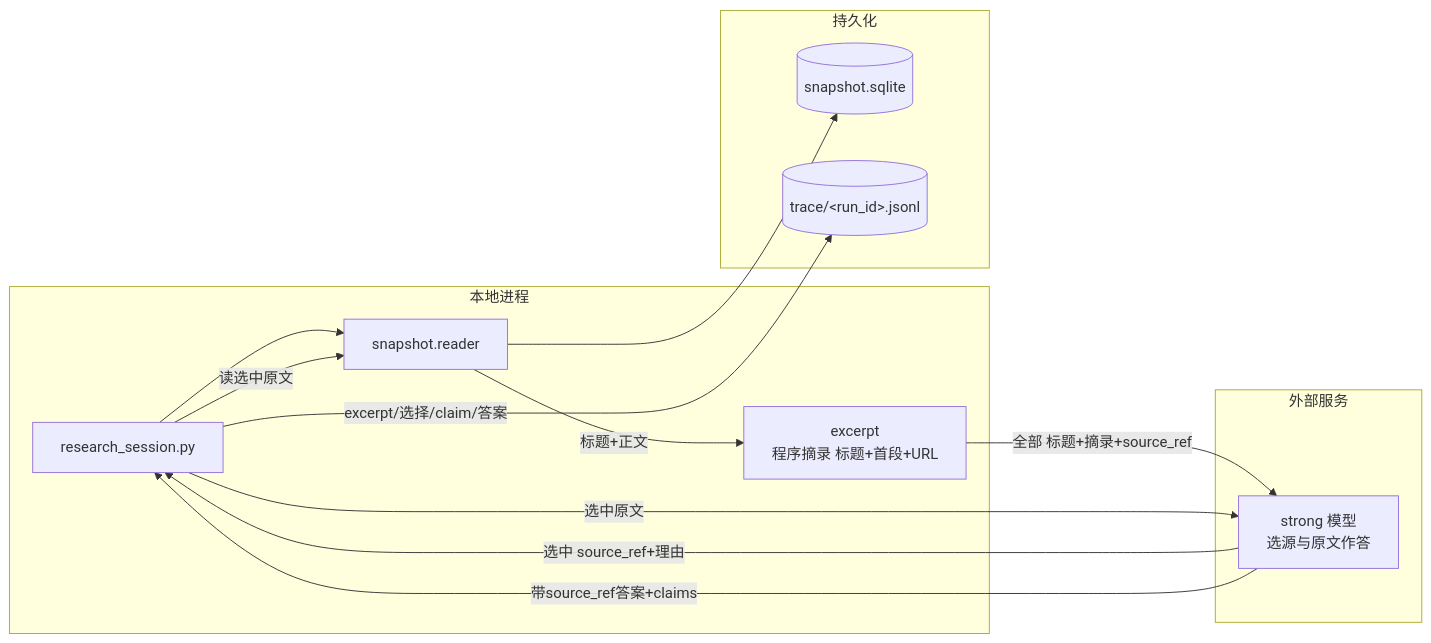
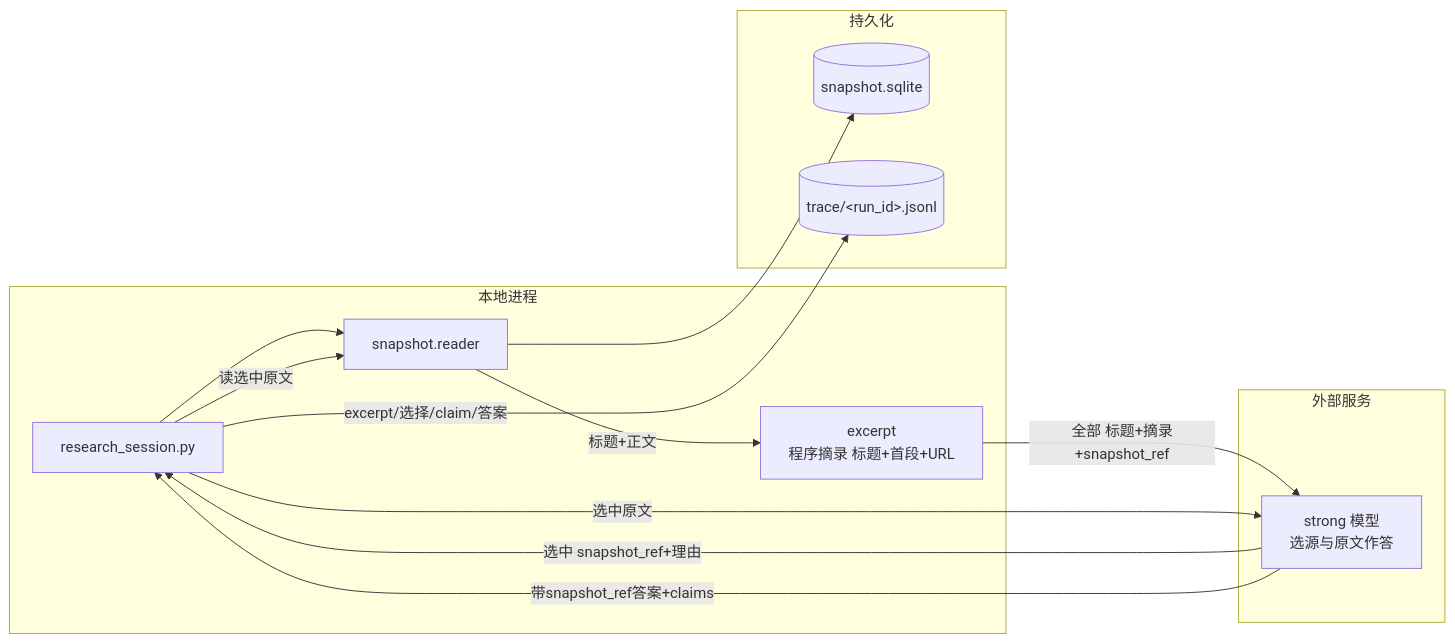
The third of 4 diagrams in docs/web-search-architecture.md (SuperCatQR/traceable-research-runtime), drawn with Mermaid before and after one commit. The commit also changed other lines of this file, not shown here.

````diff
--- a/docs/web-search-architecture.md
+++ b/docs/web-search-architecture.md
@@ -171,26 +171,26 @@
 ```mermaid
 flowchart LR
     subgraph P2["本地进程"]
         X2["research_session.py"]
         EX["excerpt<br/>程序摘录 标题+首段+URL"]
         SRr2["snapshot.reader"]
     end
 
     subgraph E2["外部服务"]
         S2["strong 模型<br/>选源与原文作答"]
     end
 
     subgraph D2["持久化"]
         SD2[("snapshot.sqlite")]
         LG2[("trace/&lt;run_id&gt;.jsonl")]
     end
 
     X2 --> SRr2 --> SD2
     SRr2 -->|标题+正文| EX
-    EX -->|全部 标题+摘录+source_ref| S2
-    S2 -->|选中 source_ref+理由| X2
+    EX -->|全部 标题+摘录+snapshot_ref| S2
+    S2 -->|选中 snapshot_ref+理由| X2
     X2 -->|读选中原文| SRr2
     X2 -->|选中原文| S2
-    S2 -->|带source_ref答案+claims| X2
+    S2 -->|带snapshot_ref答案+claims| X2
     X2 -->|excerpt/选择/claim/答案| LG2
 ```
````
